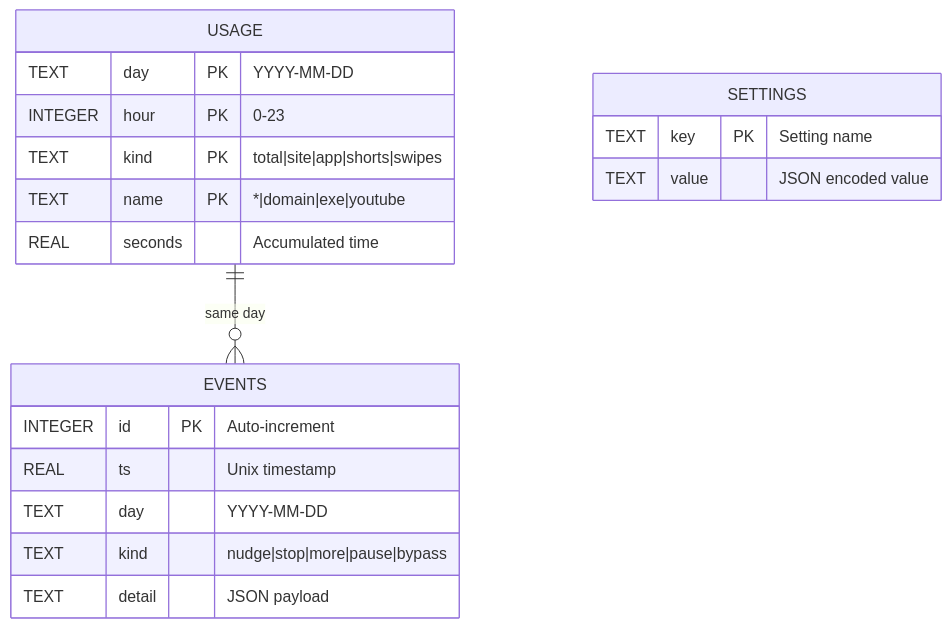
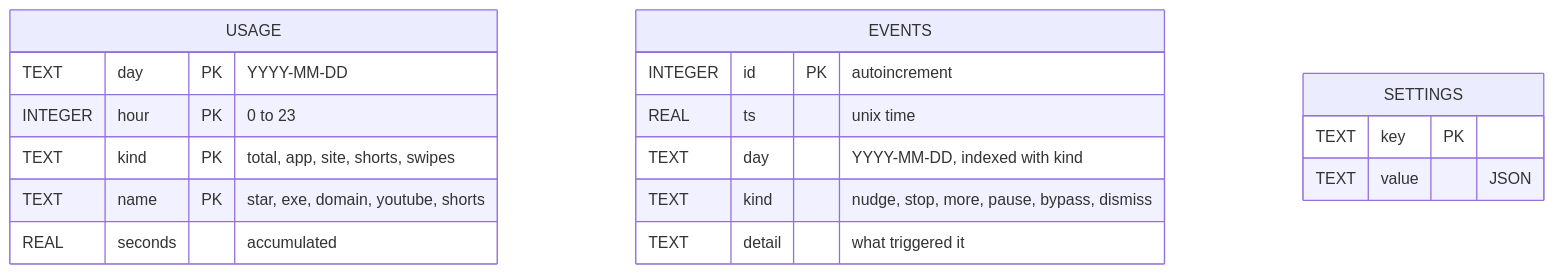
Before and after one commit to Abubakkar-Khan/PHI: the eighth of 9 diagrams in README.md, drawn with Mermaid. The commit also changed other lines of this file and 9 other files, not shown here.

````diff
--- a/README.md
+++ b/README.md
@@ -403,25 +319,21 @@
 ```mermaid
 erDiagram
     USAGE {
         TEXT day PK "YYYY-MM-DD"
-        INTEGER hour PK "0-23"
-        TEXT kind PK "total|site|app|shorts|swipes"
-        TEXT name PK "*|domain|exe|youtube"
-        REAL seconds "Accumulated time"
+        INTEGER hour PK "0 to 23"
+        TEXT kind PK "total, app, site, shorts, swipes"
+        TEXT name PK "star, exe, domain, youtube, shorts"
+        REAL seconds "accumulated"
     }
-    
     EVENTS {
-        INTEGER id PK "Auto-increment"
-        REAL ts "Unix timestamp"
-        TEXT day "YYYY-MM-DD"
-        TEXT kind "nudge|stop|more|pause|bypass"
-        TEXT detail "JSON payload"
+        INTEGER id PK "autoincrement"
+        REAL ts "unix time"
+        TEXT day "YYYY-MM-DD, indexed with kind"
+        TEXT kind "nudge, stop, more, pause, bypass, dismiss"
+        TEXT detail "what triggered it"
     }
-    
     SETTINGS {
-        TEXT key PK "Setting name"
-        TEXT value "JSON encoded value"
+        TEXT key PK
+        TEXT value "JSON"
     }
-    
-    USAGE ||--o{ EVENTS : "same day"
 ```
````
